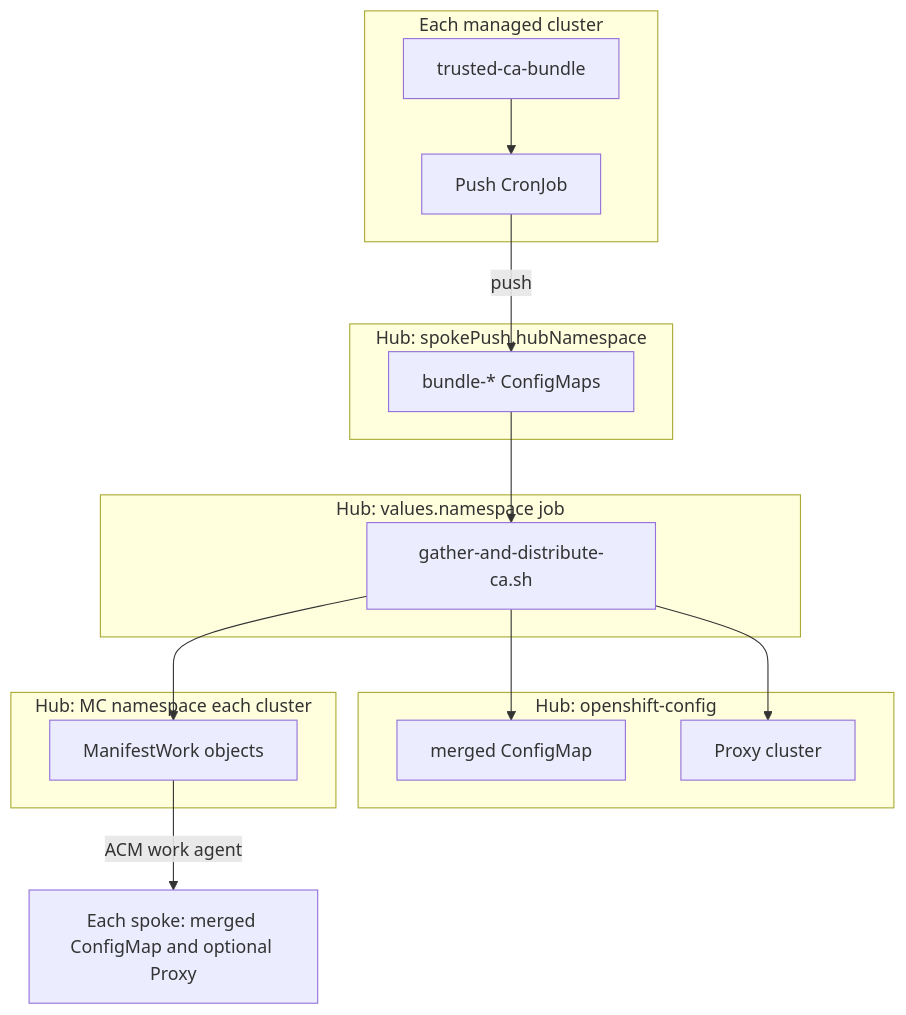
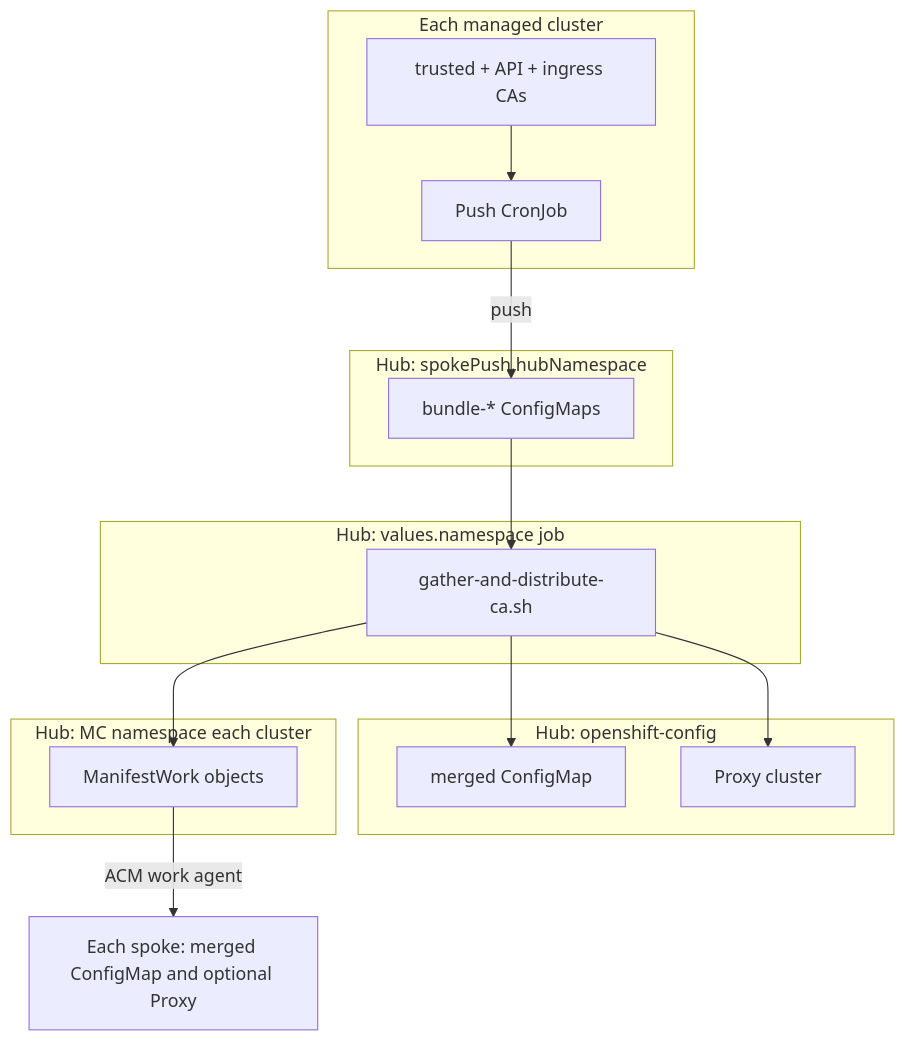
Before and after one commit to mhjacks/vp-manage-proxy-cluster-ca-chart: the sixth of 6 diagrams in README.md, drawn with Mermaid. The commit also changed other lines of this file and 5 other files, not shown here.

````diff
--- a/README.md
+++ b/README.md
@@ -125,27 +127,27 @@
 ```mermaid
 flowchart TB
   subgraph spokes["Each managed cluster"]
-    S1["trusted-ca-bundle"]
+    S1["trusted + API + ingress CAs"]
     S2["Push CronJob"]
     S1 --> S2
   end
   subgraph hubns["Hub: spokePush.hubNamespace"]
     B["bundle-* ConfigMaps"]
   end
   subgraph gather["Hub: values.namespace job"]
     G["gather-and-distribute-ca.sh"]
   end
   subgraph hubcfg["Hub: openshift-config"]
     HCM["merged ConfigMap"]
     HPX["Proxy cluster"]
   end
   subgraph rollout["Hub: MC namespace each cluster"]
     MW["ManifestWork objects"]
   end
   S2 -->|"push"| B
   B --> G
   G --> HCM
   G --> HPX
   G --> MW
   MW -->|"ACM work agent"| SPOKEOUT["Each spoke: merged ConfigMap and optional Proxy"]
 ```
````
